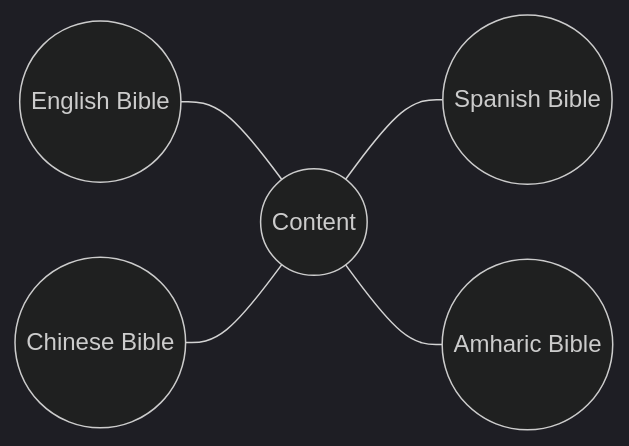
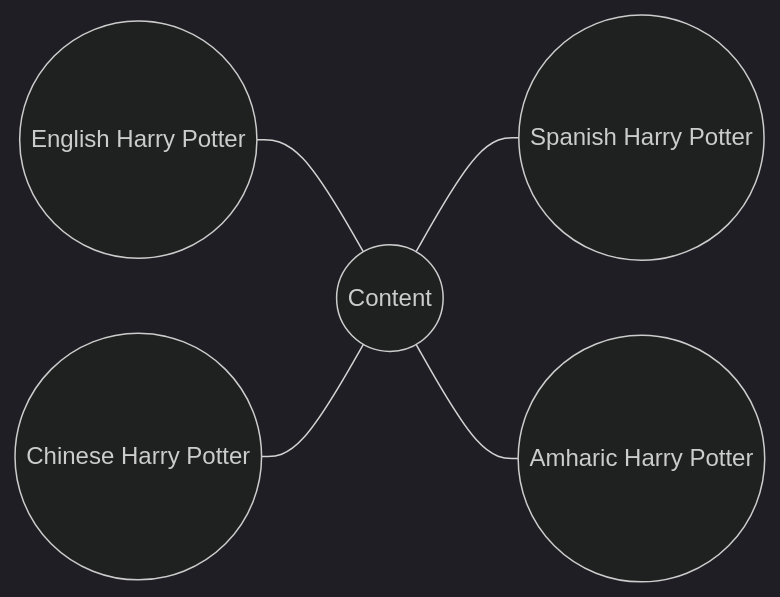
Diagram 15 of 15 in content/blog/ai.md (reubenharry/website), drawn with Mermaid (dark theme) before and after one commit. The commit also changed other lines of this file and 2 other files, not shown here.

````diff
--- a/content/blog/ai.md
+++ b/content/blog/ai.md
@@ -316,5 +280,5 @@
 ```mermaid
 graph LR
-    X((English Bible)) --- D((Content)) --- B((Spanish Bible))
-    J((Chinese Bible)) --- D --- L((Amharic Bible))
+    X((English Harry Potter)) --- D((Content)) --- B((Spanish Harry Potter))
+    J((Chinese Harry Potter)) --- D --- L((Amharic Harry Potter))
 ```
````
